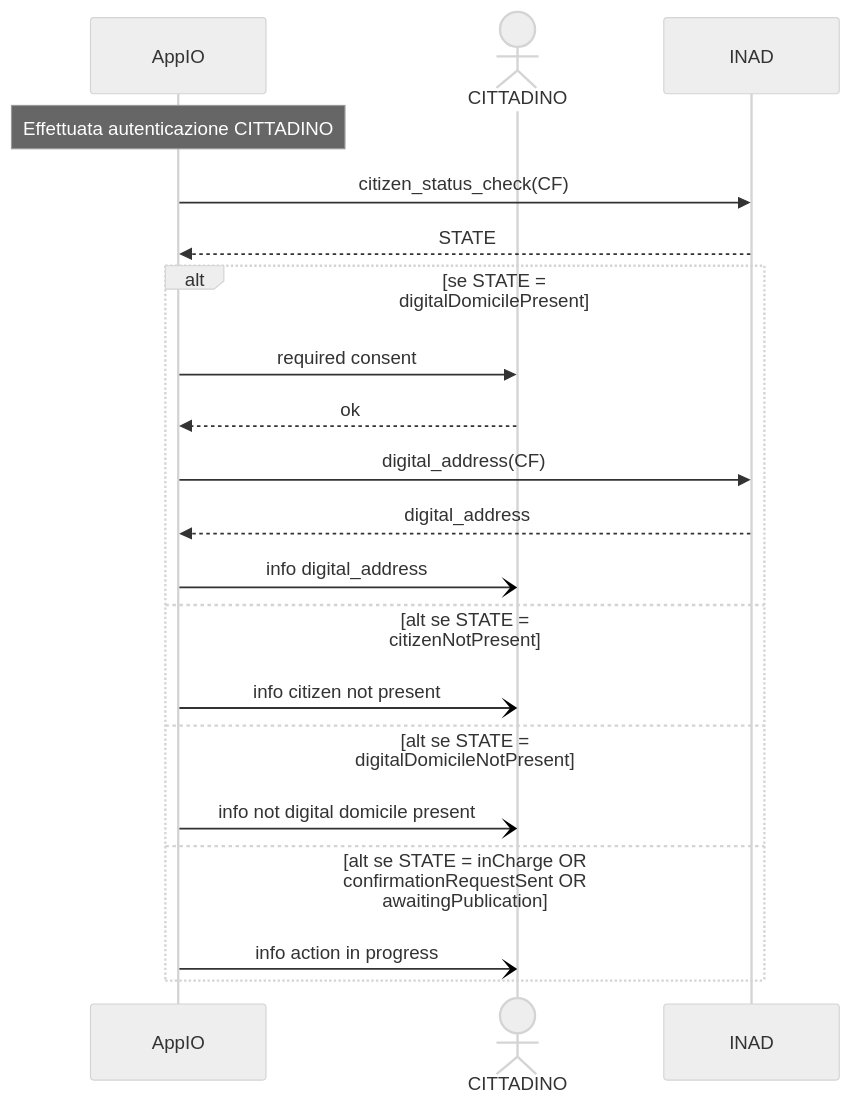
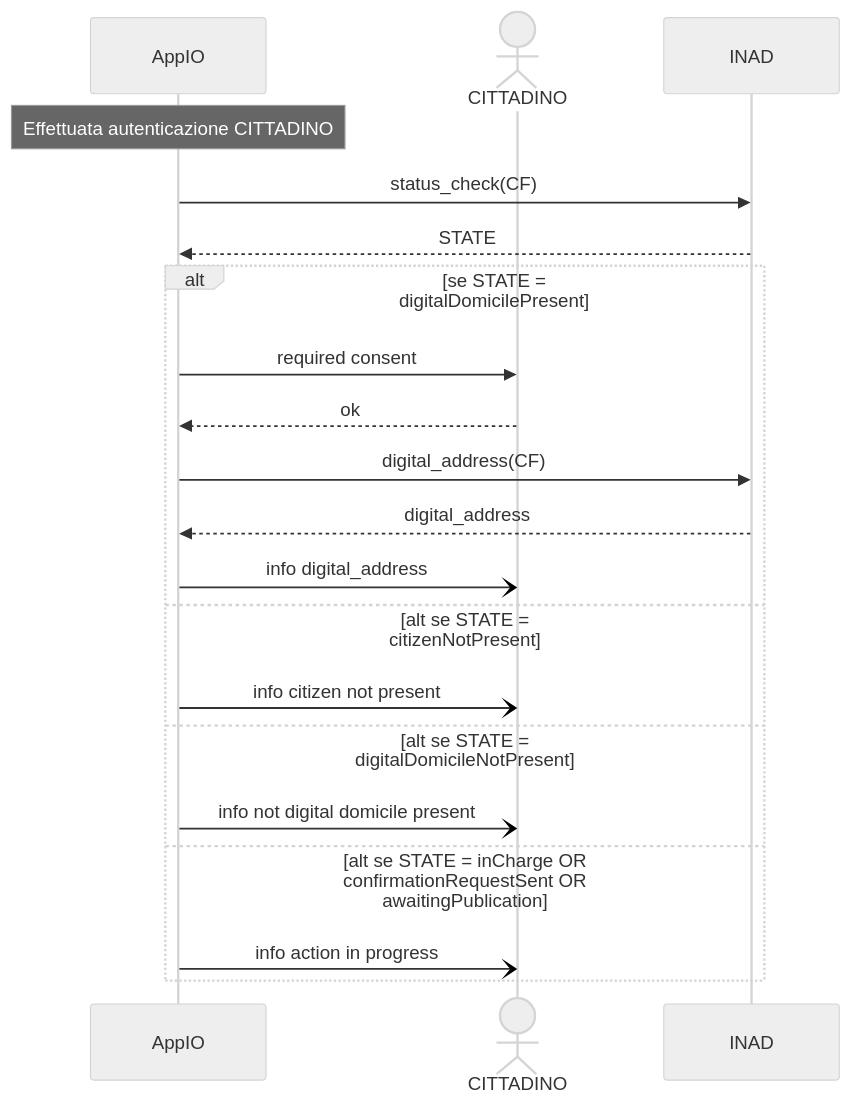
Before and after one commit to ioggstream/verify_integration_INAD_with_ANPR-IO: the diagram in mermind/UC013.md, drawn with Mermaid (neutral theme). The commit also changed 11 other files, not shown here.

````diff
--- a/mermind/UC013.md
+++ b/mermind/UC013.md
@@ -3,30 +3,30 @@
 ```mermaid
 sequenceDiagram
   participant A as AppIO
   actor C as CITTADINO
   participant I as INAD
 
   Note over A: Effettuata autenticazione CITTADINO
 
-  A ->> I: citizen_status_check(CF)
+  A ->> I: status_check(CF)
   I -->> A: STATE
 
   alt se STATE = digitalDomicilePresent 
     A ->> C: required consent
     C -->> A: ok
     A ->> I: digital_address(CF)
     I -->> A: digital_address
     A -) C: info digital_address 
 
   else alt se STATE = citizenNotPresent
     A -) C: info citizen not present
 
   else alt se STATE = digitalDomicileNotPresent
     A -) C: info not digital domicile present
 
   else alt se STATE = inCharge OR confirmationRequestSent OR awaitingPublication
     A -) C: info action in progress
 
   end
 
   ```
````
